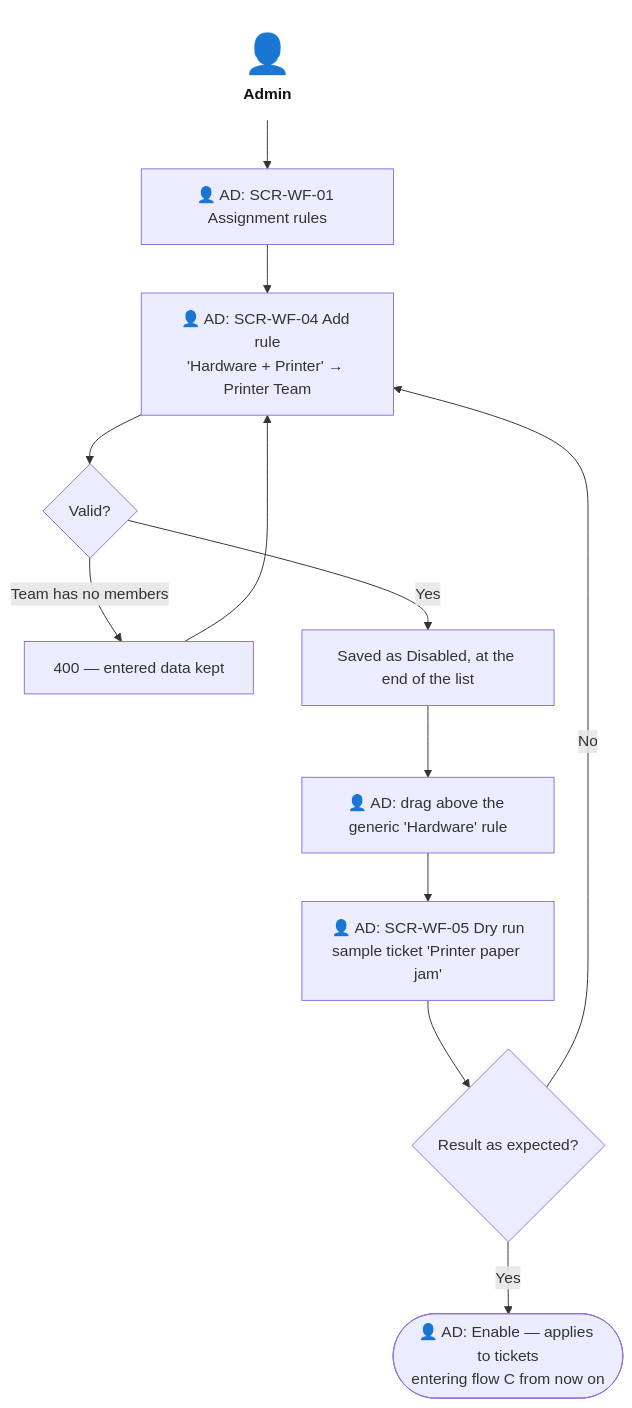
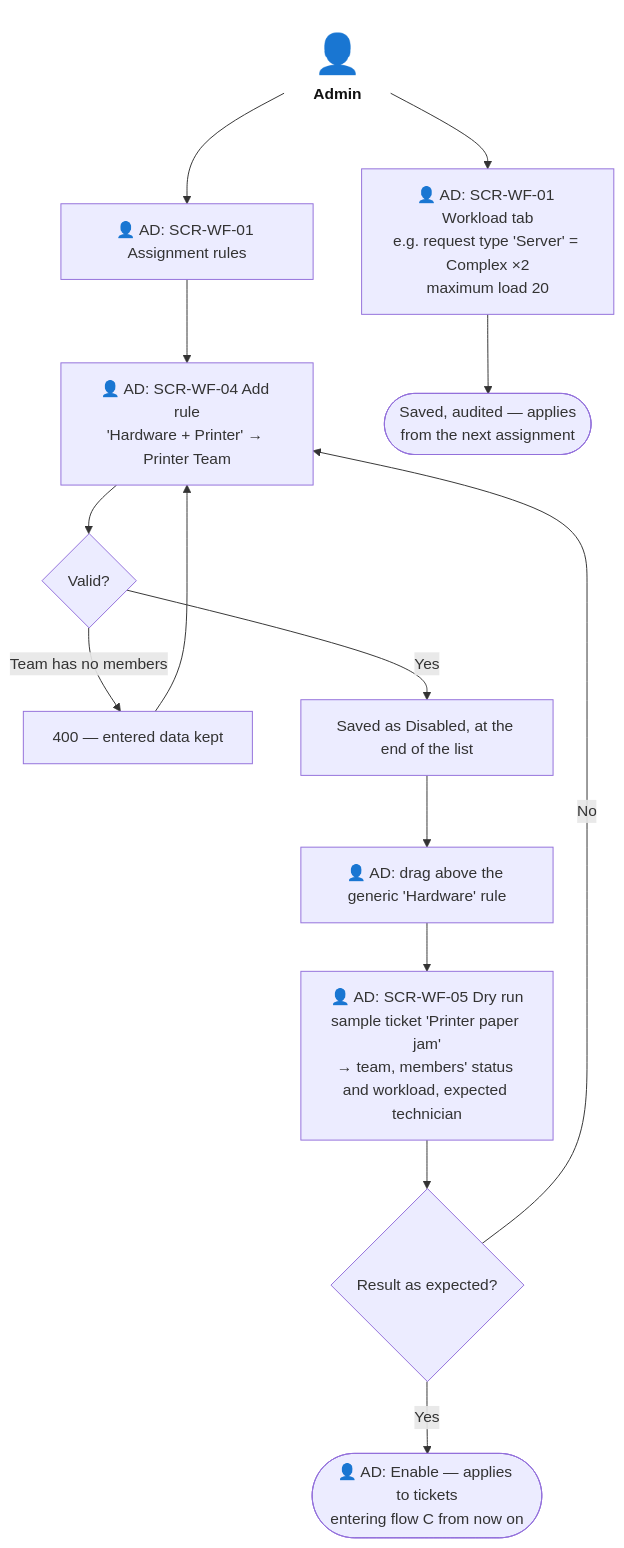
One commit to Akaza-ban/Fable changed the sixth of 6 diagrams in docs/f05-workflow-automation/information-architecture/05-user-flows.md. Above: the diagram before and after it, drawn with Mermaid. The commit also changed other lines of this file and 14 other files, not shown here.

Commit message:
docs(F05): remove Team Lead, assign by availability and workload score

````diff
--- a/docs/f05-workflow-automation/information-architecture/05-user-flows.md
+++ b/docs/f05-workflow-automation/information-architecture/05-user-flows.md
@@ -143,17 +152,19 @@
 ```mermaid
 flowchart TD
     actAdmin["<span style='font-size:40px'>👤</span><br/><b>Admin</b>"]:::actor
     actAdmin --> list["👤 AD: SCR-WF-01 Assignment rules"]
     list --> add["👤 AD: SCR-WF-04 Add rule<br/>'Hardware + Printer' → Printer Team"]
     add --> valid{"Valid?"}
     valid -->|"Team has no members"| err["400 — entered data kept"]
     err --> add
     valid -->|"Yes"| off["Saved as Disabled, at the end of the list"]
     off --> order["👤 AD: drag above the generic 'Hardware' rule"]
-    order --> dry["👤 AD: SCR-WF-05 Dry run<br/>sample ticket 'Printer paper jam'"]
+    order --> dry["👤 AD: SCR-WF-05 Dry run<br/>sample ticket 'Printer paper jam'<br/>→ team, members' status and workload, expected technician"]
     dry --> result{"Result as expected?"}
     result -->|"No"| add
     result -->|"Yes"| on(["👤 AD: Enable — applies to tickets<br/>entering flow C from now on"])
+    actAdmin --> wl["👤 AD: SCR-WF-01 Workload tab<br/>e.g. request type 'Server' = Complex ×2<br/>maximum load 20"]
+    wl --> wlsave(["Saved, audited — applies<br/>from the next assignment"])
 
     classDef actor fill:none,stroke:none,color:#111
 ```
````
